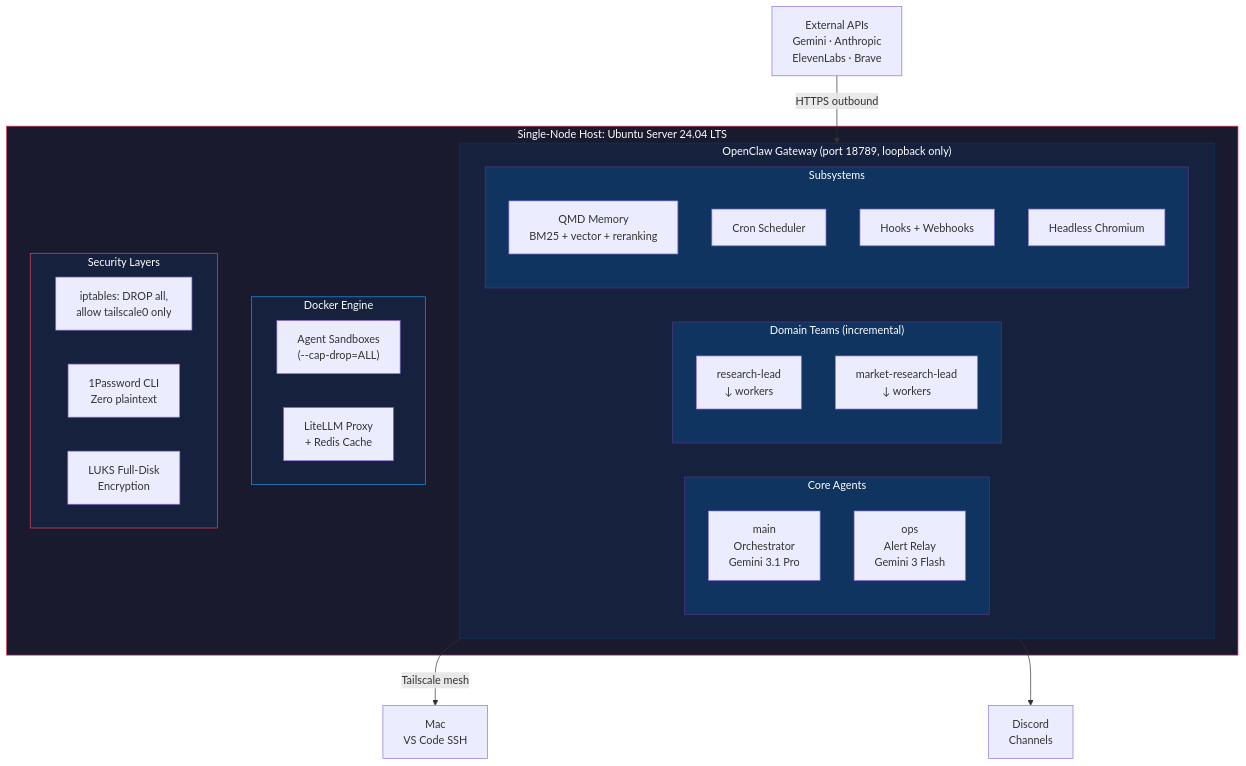
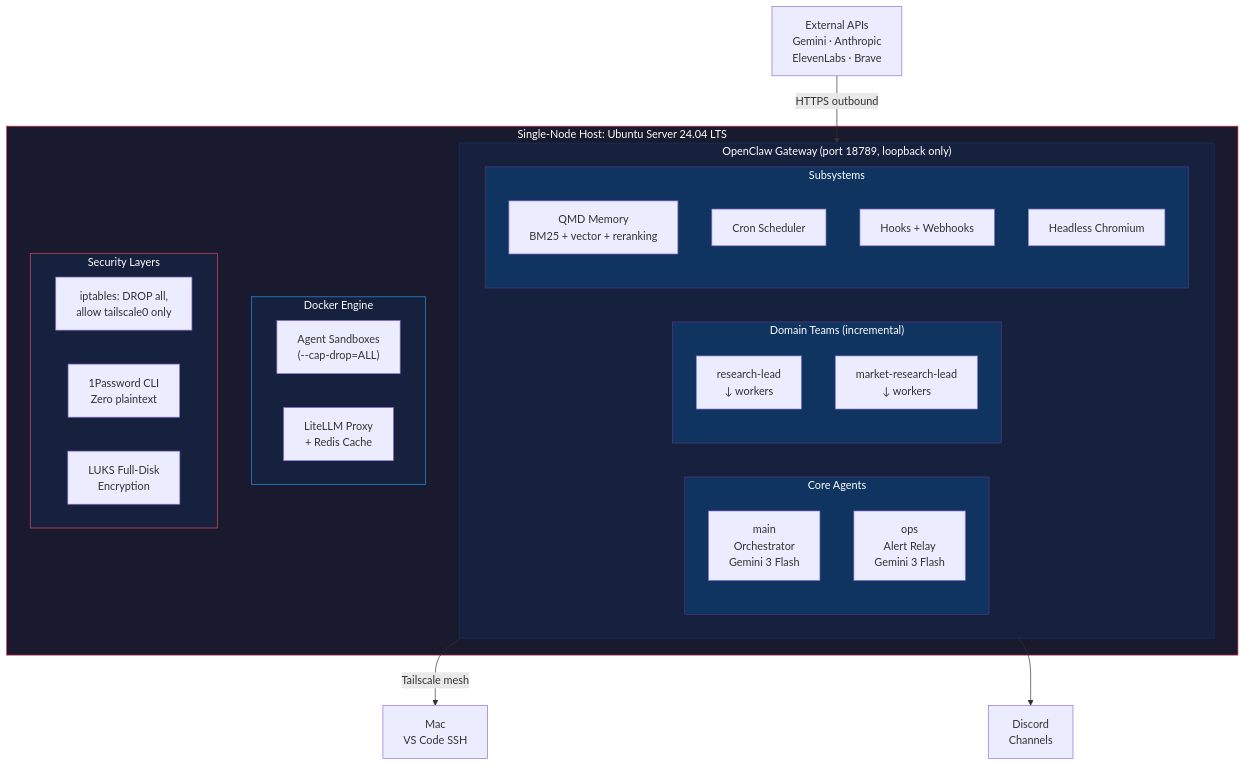
One commit to AIJSAI/hive-showcase changed the diagram in README.md. Above: the diagram before and after it, drawn with Mermaid.

Commit message:
docs: reconcile orchestrator model in the diagram with ADR-024 (Flash post-credits) (#1)

````diff
--- a/README.md
+++ b/README.md
@@ -23,42 +23,42 @@
 ```mermaid
 graph TB
     subgraph Host["Single-Node Host: Ubuntu Server 24.04 LTS"]
         subgraph Gateway["OpenClaw Gateway (port 18789, loopback only)"]
             subgraph Core["Core Agents"]
-                main["main<br/>Orchestrator<br/>Gemini 3.1 Pro"]
+                main["main<br/>Orchestrator<br/>Gemini 3 Flash"]
                 ops["ops<br/>Alert Relay<br/>Gemini 3 Flash"]
             end
             subgraph Teams["Domain Teams (incremental)"]
                 research["research-lead<br/>↓ workers"]
                 market["market-research-lead<br/>↓ workers"]
             end
             subgraph Subs["Subsystems"]
                 qmd["QMD Memory<br/>BM25 + vector + reranking"]
                 cron["Cron Scheduler"]
                 hooks["Hooks + Webhooks"]
                 chromium["Headless Chromium"]
             end
         end
         subgraph Docker["Docker Engine"]
             sandbox["Agent Sandboxes<br/>(--cap-drop=ALL)"]
             litellm["LiteLLM Proxy<br/>+ Redis Cache"]
         end
         subgraph Security["Security Layers"]
             ipt["iptables: DROP all,<br/>allow tailscale0 only"]
             op["1Password CLI<br/>Zero plaintext"]
             luks["LUKS Full-Disk<br/>Encryption"]
         end
     end
 
     APIs["External APIs<br/>Gemini · Anthropic<br/>ElevenLabs · Brave"] -->|HTTPS outbound| Gateway
     Gateway -->|Tailscale mesh| Mac["Mac<br/>VS Code SSH"]
     Gateway --> Discord["Discord<br/>Channels"]
 
     style Host fill:#1a1a2e,stroke:#e94560,color:#fff
     style Gateway fill:#16213e,stroke:#0f3460,color:#fff
     style Core fill:#0f3460,stroke:#533483,color:#fff
     style Teams fill:#0f3460,stroke:#533483,color:#fff
     style Subs fill:#0f3460,stroke:#533483,color:#fff
     style Docker fill:#16213e,stroke:#2496ED,color:#fff
     style Security fill:#16213e,stroke:#e94560,color:#fff
 ```
````
